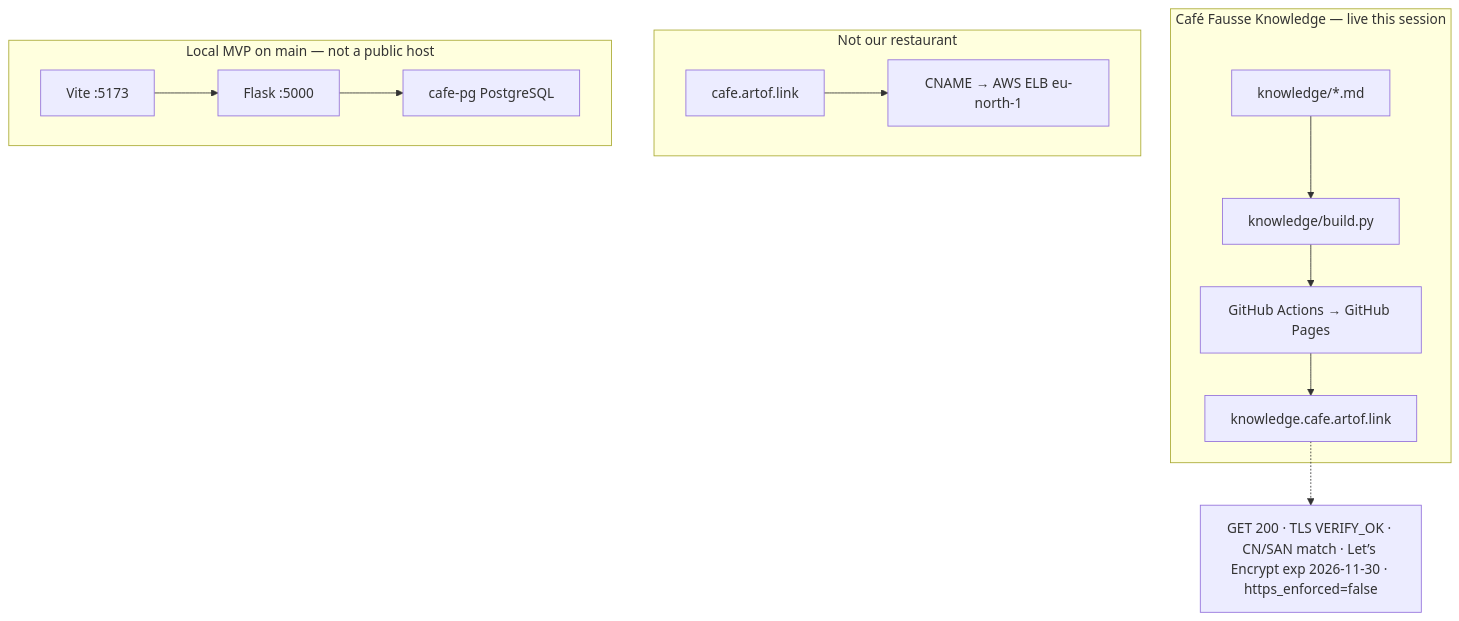
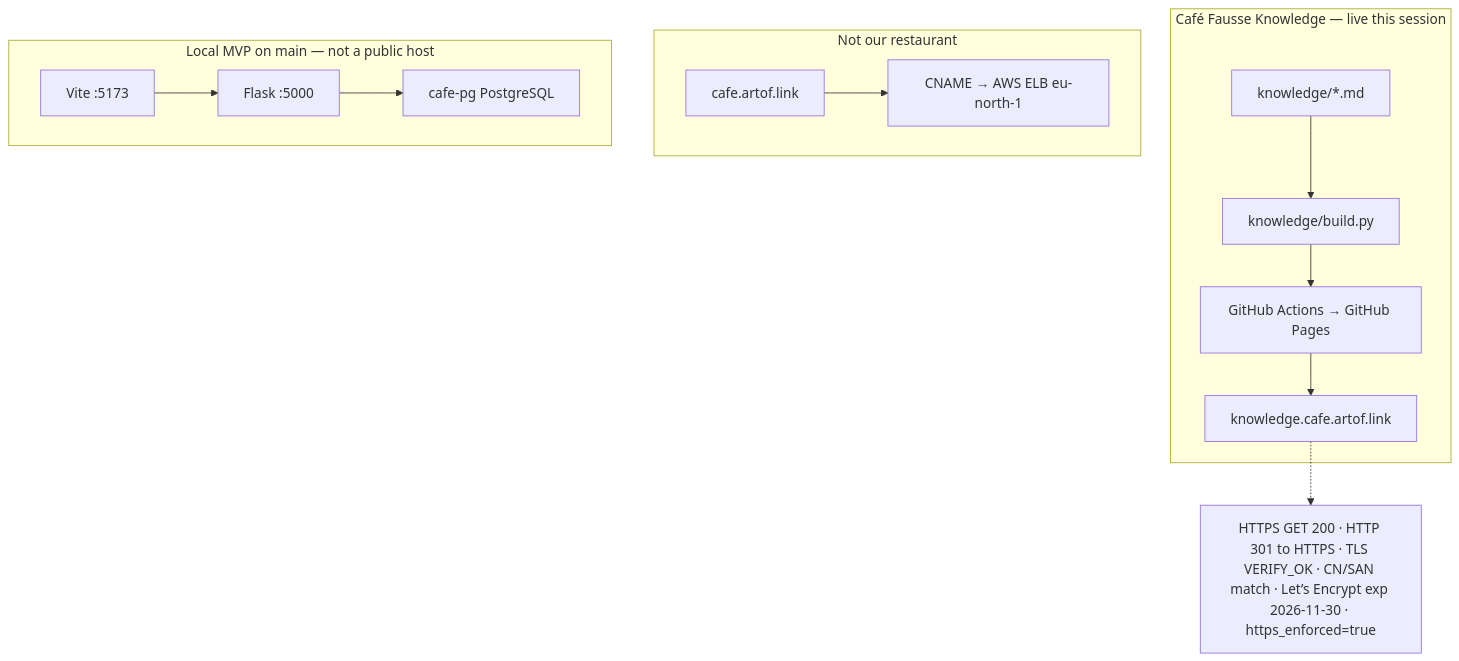
Before and after one commit to artofdream/aea-interactive-design: the first of 2 diagrams in knowledge/stack.md, drawn with Mermaid. The commit also changed other lines of this file and 8 other files, not shown here.

First line of the commit message:
docs(knowledge): refresh honesty for HTTPS enforced (#30)

````diff
--- a/knowledge/stack.md
+++ b/knowledge/stack.md
@@ -32,16 +32,16 @@
 ```mermaid
 flowchart TB
   subgraph K["Café Fausse Knowledge — live this session"]
     MD["knowledge/*.md"] --> PY["knowledge/build.py"]
     PY --> GHA["GitHub Actions → GitHub Pages"]
     GHA --> KH["knowledge.cafe.artof.link"]
   end
-  KH -.-> P["GET 200 · TLS VERIFY_OK · CN/SAN match · Let’s Encrypt exp 2026-11-30 · https_enforced=false"]
+  KH -.-> P["HTTPS GET 200 · HTTP 301 to HTTPS · TLS VERIFY_OK · CN/SAN match · Let’s Encrypt exp 2026-11-30 · https_enforced=true"]
   subgraph N["Not our restaurant"]
     CAFE["cafe.artof.link"] --> ELB["CNAME → AWS ELB eu-north-1"]
   end
   subgraph L["Local MVP on main — not a public host"]
     VITE["Vite :5173"] --> FLASK["Flask :5000"]
     FLASK --> PG["cafe-pg PostgreSQL"]
   end
 ```
````
